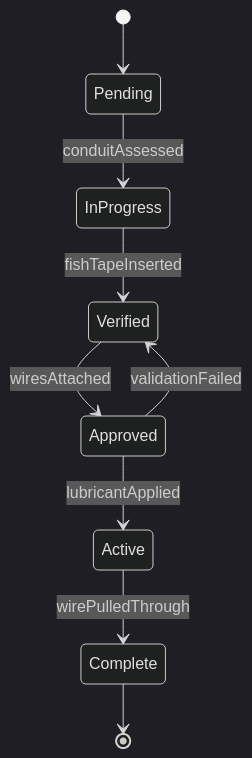
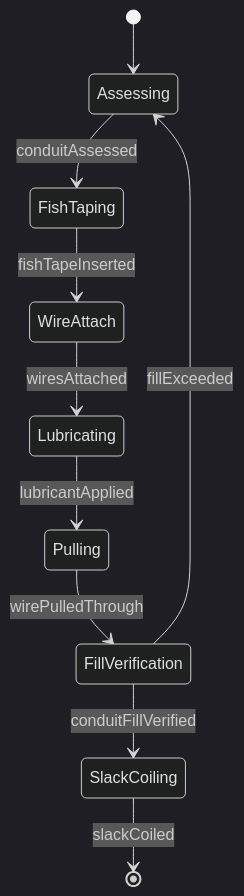
The second of 4 diagrams in HandlingAndMovingObjects/ConnectComponentsOrSupplyLinesToEquipmentOrTools/ThreadWireCableThroughDucts.mdx (dot-org-ai/tasks.org.ai), drawn with Mermaid (dark theme) before and after one commit. The commit also changed other lines of this file and 515 other files, not shown here.

````diff
--- a/HandlingAndMovingObjects/ConnectComponentsOrSupplyLinesToEquipmentOrTools/ThreadWireCableThroughDucts.mdx
+++ b/HandlingAndMovingObjects/ConnectComponentsOrSupplyLinesToEquipmentOrTools/ThreadWireCableThroughDucts.mdx
@@ -98,11 +99,12 @@
 ```mermaid
 stateDiagram-v2
-    [*] --> Pending
-    Pending --> InProgress : conduitAssessed
-    InProgress --> Verified : fishTapeInserted
-    Verified --> Approved : wiresAttached
-    Approved --> Active : lubricantApplied
-    Active --> Complete : wirePulledThrough
-    Approved --> Verified : validationFailed
-    Complete --> [*]
+    [*] --> Assessing
+    Assessing --> FishTaping : conduitAssessed
+    FishTaping --> WireAttach : fishTapeInserted
+    WireAttach --> Lubricating : wiresAttached
+    Lubricating --> Pulling : lubricantApplied
+    Pulling --> FillVerification : wirePulledThrough
+    FillVerification --> SlackCoiling : conduitFillVerified
+    SlackCoiling --> [*] : slackCoiled
+    FillVerification --> Assessing : fillExceeded
 ```
````
